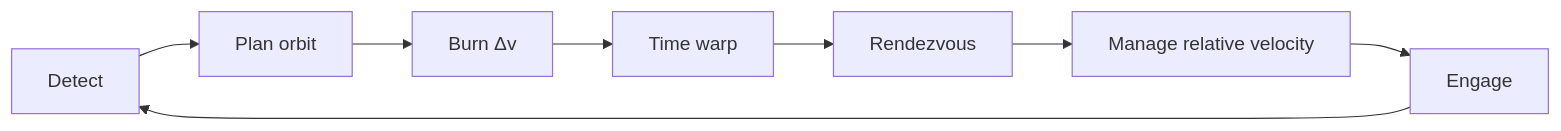
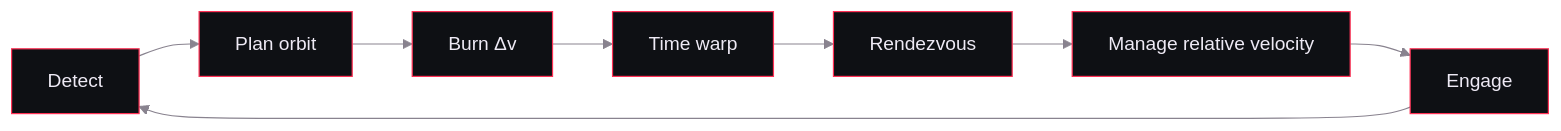
One commit to Mikanixonable/dive-into-tepui changed the first of 6 diagrams in README.md. Above: the diagram before and after it, drawn with Mermaid. The commit also changed other lines of this file, not shown here.

````diff
--- a/README.md
+++ b/README.md
@@ -151,10 +159,11 @@
 ```mermaid
+%%{init: {"theme":"base","themeVariables":{"background":"#08090d","primaryColor":"#0e1014","primaryTextColor":"#eeeaf5","primaryBorderColor":"#ff3155","lineColor":"#89838f","secondaryColor":"#15171c","secondaryTextColor":"#c3bec9","secondaryBorderColor":"#3478ff","tertiaryColor":"#1d2026","tertiaryTextColor":"#eeeaf5","tertiaryBorderColor":"#48506a","edgeLabelBackground":"#08090d","clusterBkg":"#0e1014","clusterBorder":"#48506a"}}}%%
 flowchart LR
     A[Detect] --> B[Plan orbit]
     B --> C[Burn Δv]
     C --> D[Time warp]
     D --> E[Rendezvous]
     E --> F[Manage relative velocity]
     F --> G[Engage]
     G --> A
 ```
````
